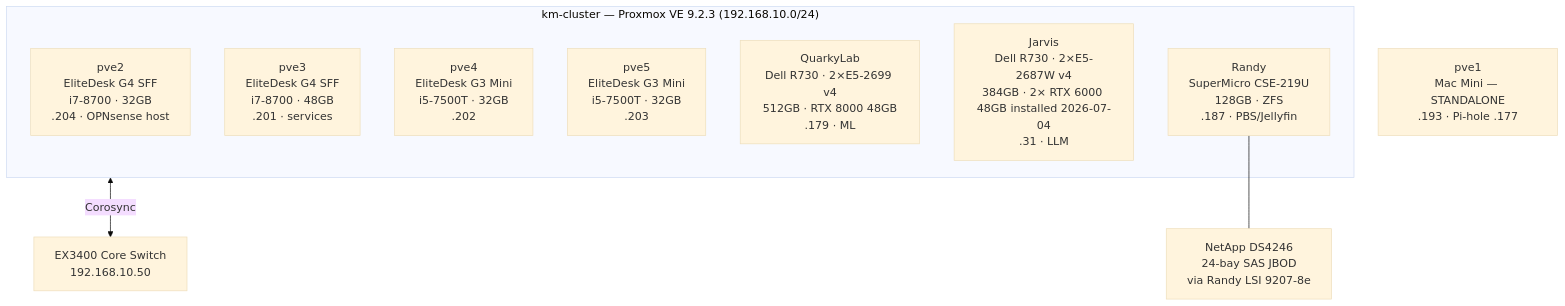
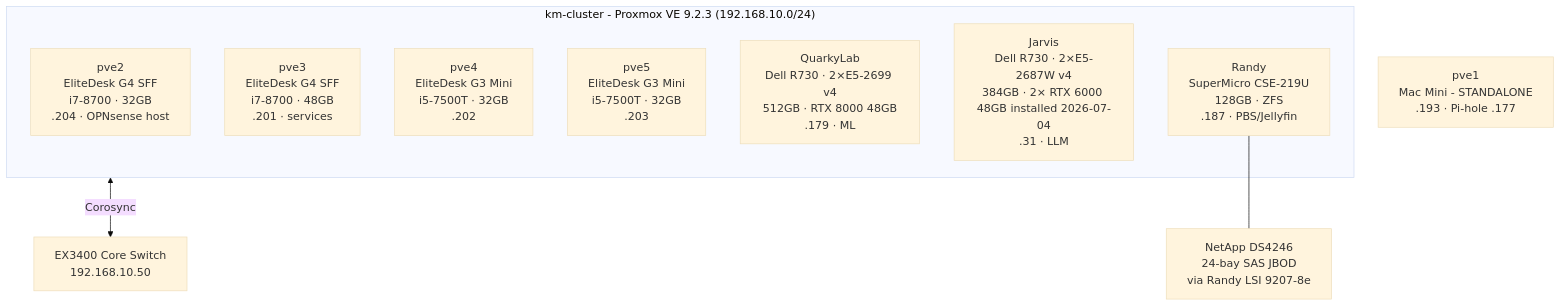
One commit to machismo0311/Home-Lab changed the diagram in vault/Infrastructure/Proxmox Cluster.md. Above: the diagram before and after it, drawn with Mermaid (base theme). The commit also changed other lines of this file and 55 other files, not shown here.

Commit message:
vault: remove em dashes throughout (em dash -> hyphen, prose + docs); preserve en-dash ranges, ASCII alignment, mermaid, and links

````diff
--- a/vault/Infrastructure/Proxmox Cluster.md
+++ b/vault/Infrastructure/Proxmox Cluster.md
@@ -9,18 +9,18 @@
 ```mermaid
 flowchart TB
-    subgraph CLUSTER["km-cluster — Proxmox VE 9.2.3 (192.168.10.0/24)"]
+    subgraph CLUSTER["km-cluster - Proxmox VE 9.2.3 (192.168.10.0/24)"]
         PVE2[pve2\nEliteDesk G4 SFF\ni7-8700 · 32GB\n.204 · OPNsense host]
         PVE3[pve3\nEliteDesk G4 SFF\ni7-8700 · 48GB\n.201 · services]
         PVE4[pve4\nEliteDesk G3 Mini\ni5-7500T · 32GB\n.202]
         PVE5[pve5\nEliteDesk G3 Mini\ni5-7500T · 32GB\n.203]
         QUARK[QuarkyLab\nDell R730 · 2×E5-2699 v4\n512GB · RTX 8000 48GB\n.179 · ML]
         JARVIS[Jarvis\nDell R730 · 2×E5-2687W v4\n384GB · 2× RTX 6000 48GB installed 2026-07-04\n.31 · LLM]
         RANDY[Randy\nSuperMicro CSE-219U\n128GB · ZFS\n.187 · PBS/Jellyfin]
     end
 
-    PVE1[pve1\nMac Mini — STANDALONE\n.193 · Pi-hole .177]
+    PVE1[pve1\nMac Mini - STANDALONE\n.193 · Pi-hole .177]
     NAS[NetApp DS4246\n24-bay SAS JBOD\nvia Randy LSI 9207-8e]
 
     CLUSTER <-->|Corosync| NETWORK[EX3400 Core Switch\n192.168.10.50]
     RANDY --- NAS
 ```
````
